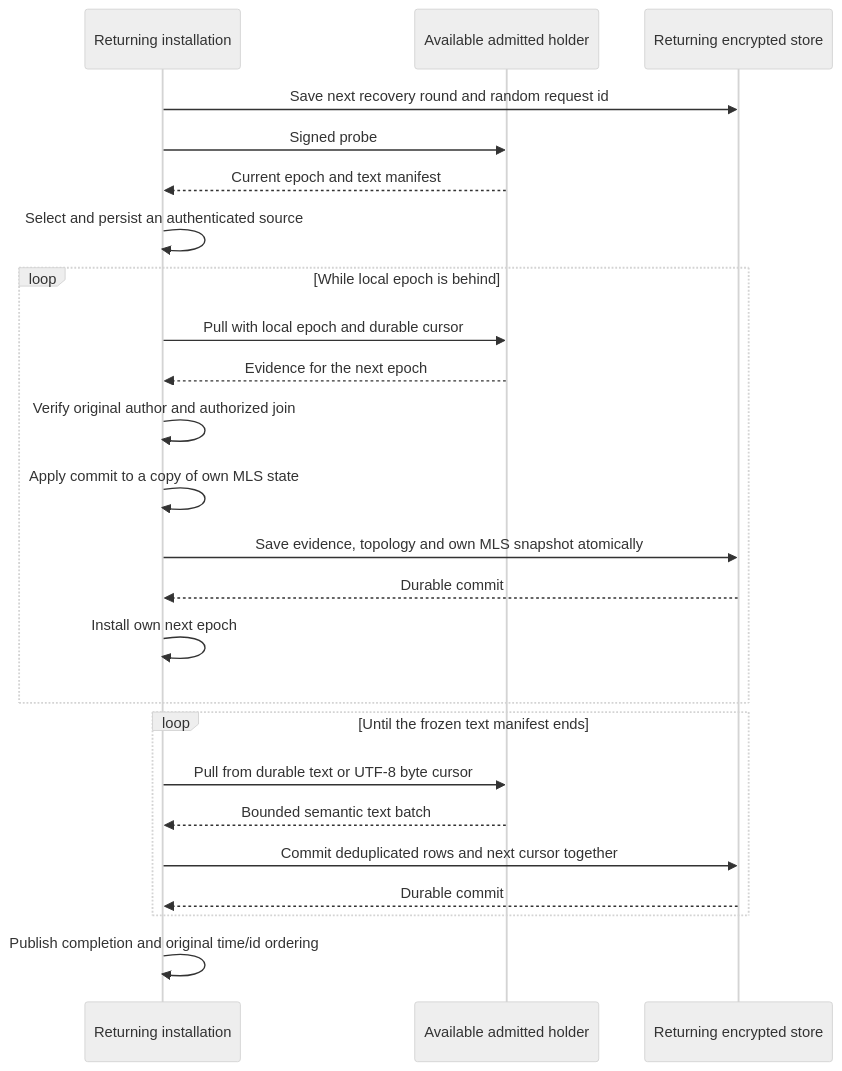
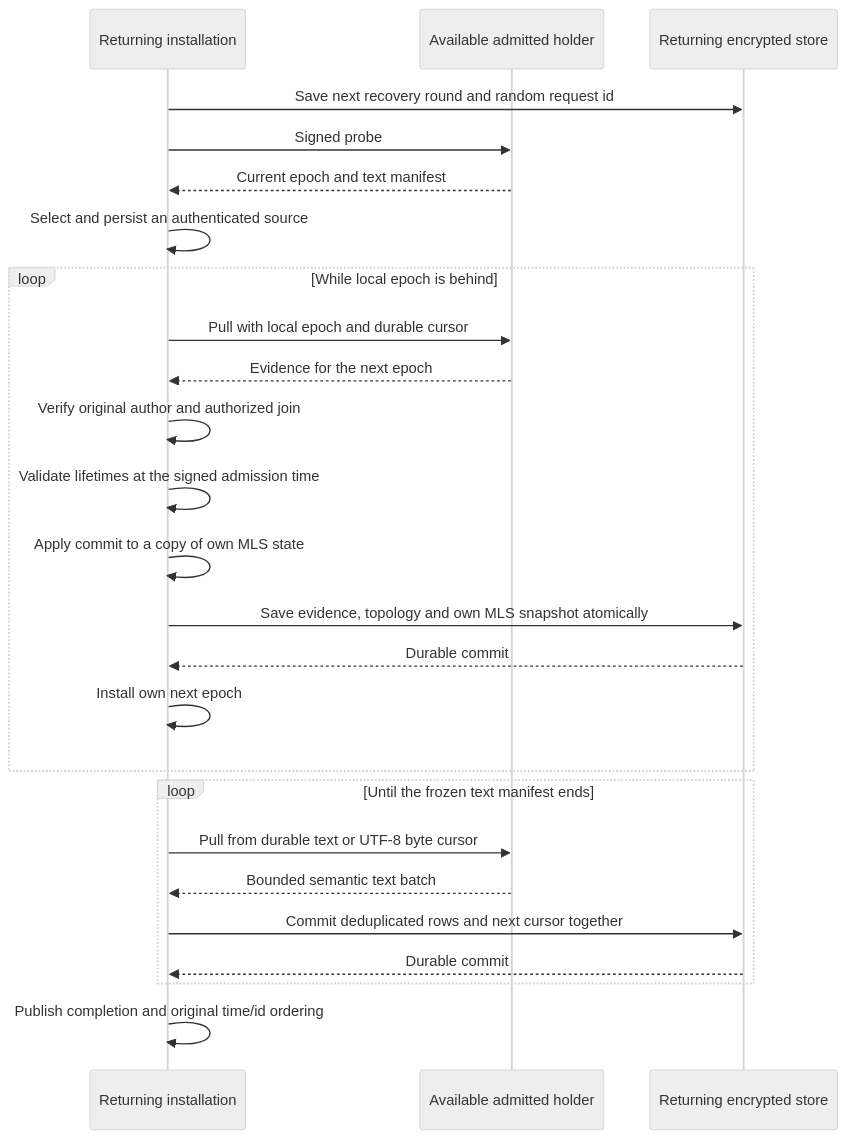
The second of 2 diagrams in docs/ADR/0032-dm-offline-recovery.md (redstone-md/mosh-flutter), drawn with Mermaid (neutral theme) before and after one commit. The commit also changed other lines of this file and 259 other files, not shown here.

Commit message:
fix(dm): validate retained MLS epochs at admission time

````diff
--- a/docs/ADR/0032-dm-offline-recovery.md
+++ b/docs/ADR/0032-dm-offline-recovery.md
@@ -61,26 +63,27 @@
 ```mermaid
 sequenceDiagram
     participant Returning as Returning installation
     participant Holder as Available admitted holder
     participant Local as Returning encrypted store
     Returning->>Local: Save next recovery round and random request id
     Returning->>Holder: Signed probe
     Holder-->>Returning: Current epoch and text manifest
     Returning->>Returning: Select and persist an authenticated source
     loop While local epoch is behind
         Returning->>Holder: Pull with local epoch and durable cursor
         Holder-->>Returning: Evidence for the next epoch
         Returning->>Returning: Verify original author and authorized join
+        Returning->>Returning: Validate lifetimes at the signed admission time
         Returning->>Returning: Apply commit to a copy of own MLS state
         Returning->>Local: Save evidence, topology and own MLS snapshot atomically
         Local-->>Returning: Durable commit
         Returning->>Returning: Install own next epoch
     end
     loop Until the frozen text manifest ends
         Returning->>Holder: Pull from durable text or UTF-8 byte cursor
         Holder-->>Returning: Bounded semantic text batch
         Returning->>Local: Commit deduplicated rows and next cursor together
         Local-->>Returning: Durable commit
     end
     Returning->>Returning: Publish completion and original time/id ordering
 ```
````
